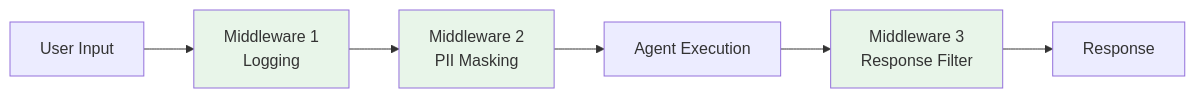
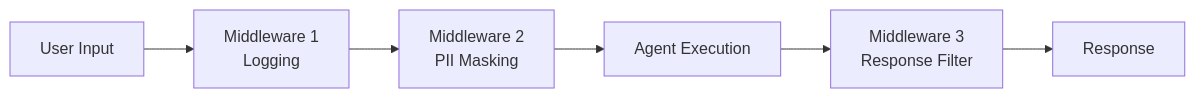
One commit to nomhiro/agent-framework-dealer-poc changed the second of 5 diagrams in blog/agent-framework-car-dealer-v2.md. Above: the diagram before and after it, drawn with Mermaid. The commit also changed other lines of this file, not shown here.

````diff
--- a/blog/agent-framework-car-dealer-v2.md
+++ b/blog/agent-framework-car-dealer-v2.md
@@ -269,12 +238,8 @@
 ```mermaid
 graph LR
     INPUT[User Input] --> M1[Middleware 1<br/>Logging]
     M1 --> M2[Middleware 2<br/>PII Masking]
     M2 --> AGENT[Agent Execution]
     AGENT --> M3[Middleware 3<br/>Response Filter]
     M3 --> OUTPUT[Response]
-    
-    style M1 fill:#e8f5e9
-    style M2 fill:#e8f5e9
-    style M3 fill:#e8f5e9
 ```
````
